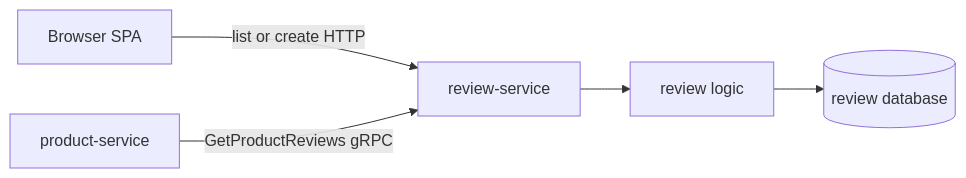
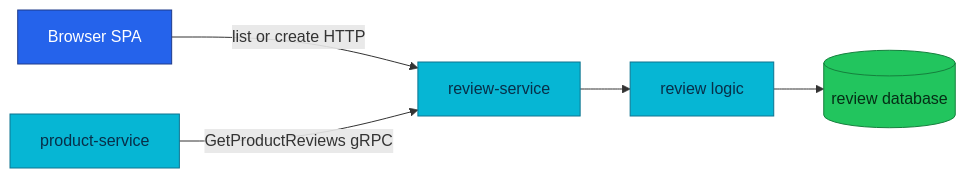
The diagram in docs/api/review.md (duynhlab/homelab), drawn with Mermaid before and after one commit. The commit also changed other lines of this file and 15 other files, not shown here.

First line of the commit message:
Improve API architecture diagrams (#513)

````diff
--- a/docs/api/review.md
+++ b/docs/api/review.md
@@ -20,7 +20,14 @@
 ```mermaid
 flowchart LR
     SPA[Browser SPA] -->|list or create HTTP| Review[review-service]
     Product[product-service] -->|GetProductReviews gRPC| Review
     Review --> Logic[review logic]
     Logic --> DB[(review database)]
+
+    classDef edge fill:#2563eb,color:#fff,stroke:#1e3a8a;
+    classDef service fill:#06b6d4,color:#082f49,stroke:#0e7490;
+    classDef data fill:#22c55e,color:#052e16,stroke:#15803d;
+    class SPA edge;
+    class Review,Product,Logic service;
+    class DB data;
 ```
````
